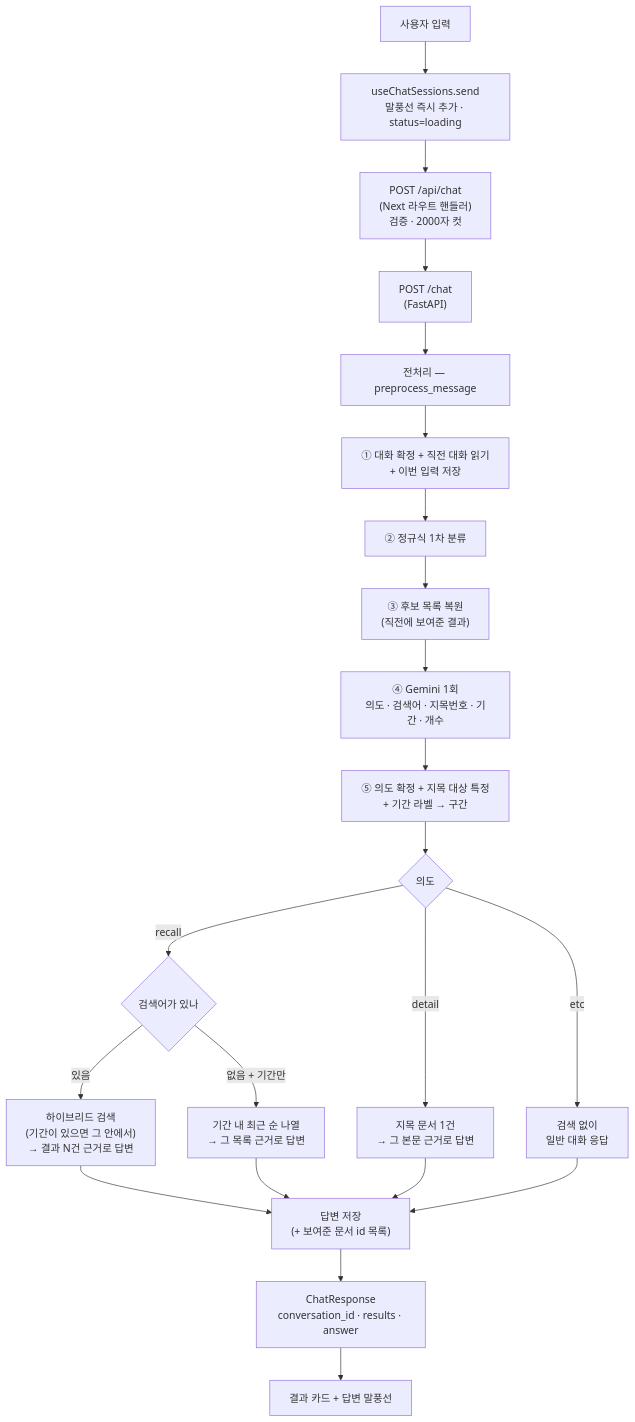
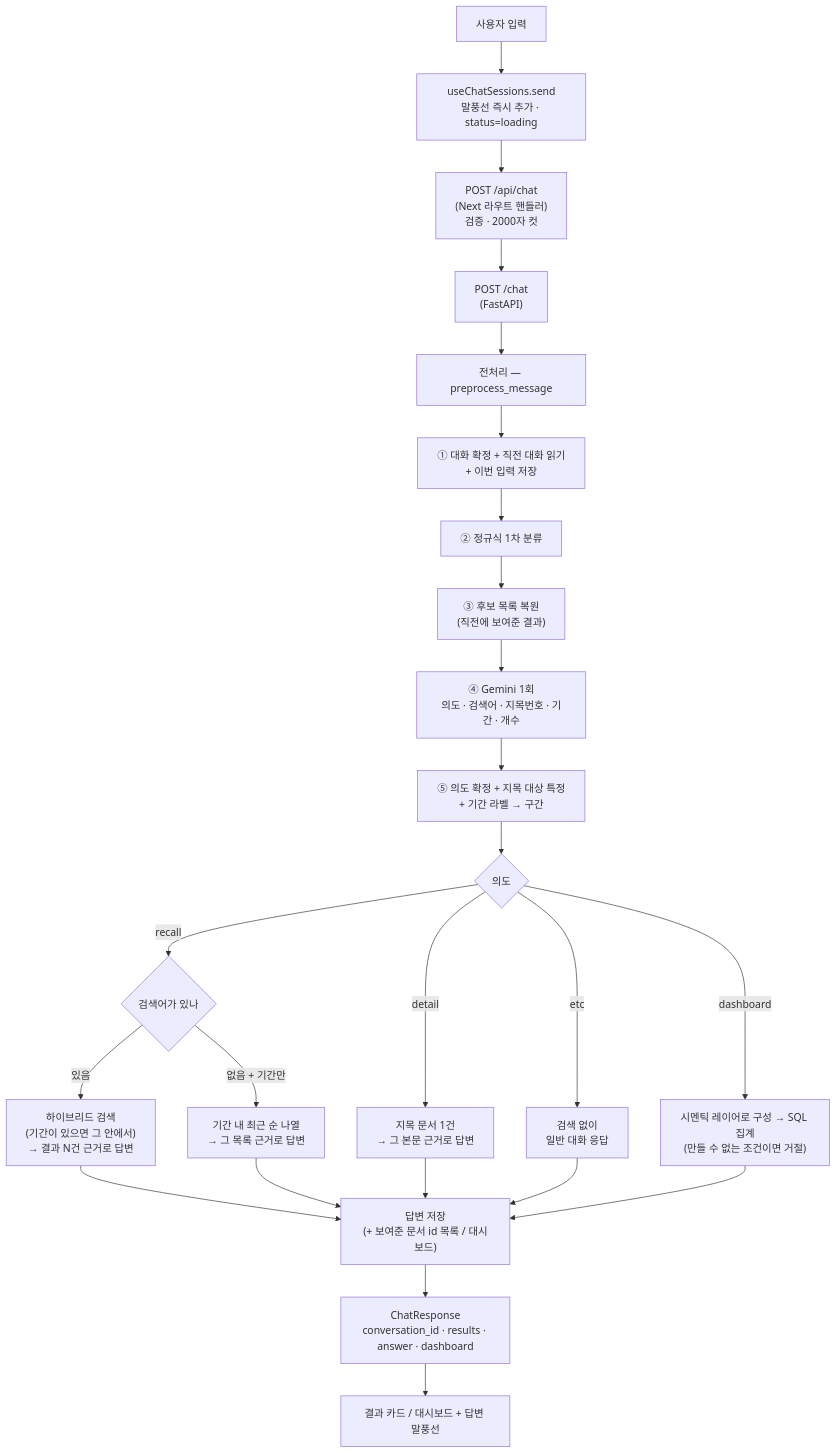
Before and after one commit to haesuo566/history_tracker: the first of 5 diagrams in docs/query-flow.md, drawn with Mermaid. The commit also changed other lines of this file and 70 other files, not shown here.

````diff
--- a/docs/query-flow.md
+++ b/docs/query-flow.md
@@ -23,27 +24,29 @@
 ```mermaid
 flowchart TD
     U["사용자 입력"] --> FE["useChatSessions.send<br/>말풍선 즉시 추가 · status=loading"]
     FE --> RH["POST /api/chat<br/>(Next 라우트 핸들러)<br/>검증 · 2000자 컷"]
     RH --> BE["POST /chat<br/>(FastAPI)"]
 
     BE --> P["전처리 — preprocess_message"]
     P --> P1["① 대화 확정 + 직전 대화 읽기<br/>+ 이번 입력 저장"]
     P1 --> P2["② 정규식 1차 분류"]
     P2 --> P3["③ 후보 목록 복원<br/>(직전에 보여준 결과)"]
     P3 --> P4["④ Gemini 1회<br/>의도 · 검색어 · 지목번호 · 기간 · 개수"]
     P4 --> P5["⑤ 의도 확정 + 지목 대상 특정<br/>+ 기간 라벨 → 구간"]
 
     P5 --> R{"의도"}
     R -->|recall| RQ{"검색어가 있나"}
     RQ -->|있음| SR["하이브리드 검색<br/>(기간이 있으면 그 안에서)<br/>→ 결과 N건 근거로 답변"]
     RQ -->|"없음 + 기간만"| SL["기간 내 최근 순 나열<br/>→ 그 목록 근거로 답변"]
     R -->|detail| SD["지목 문서 1건<br/>→ 그 본문 근거로 답변"]
     R -->|etc| SE["검색 없이<br/>일반 대화 응답"]
+    R -->|dashboard| SB["시멘틱 레이어로 구성 → SQL 집계<br/>(만들 수 없는 조건이면 거절)"]
 
-    SR --> SAVE["답변 저장<br/>(+ 보여준 문서 id 목록)"]
+    SR --> SAVE["답변 저장<br/>(+ 보여준 문서 id 목록 / 대시보드)"]
     SL --> SAVE
     SD --> SAVE
     SE --> SAVE
-    SAVE --> RES["ChatResponse<br/>conversation_id · results · answer"]
-    RES --> FE2["결과 카드 + 답변 말풍선"]
+    SB --> SAVE
+    SAVE --> RES["ChatResponse<br/>conversation_id · results · answer · dashboard"]
+    RES --> FE2["결과 카드 / 대시보드 + 답변 말풍선"]
 ```
````
